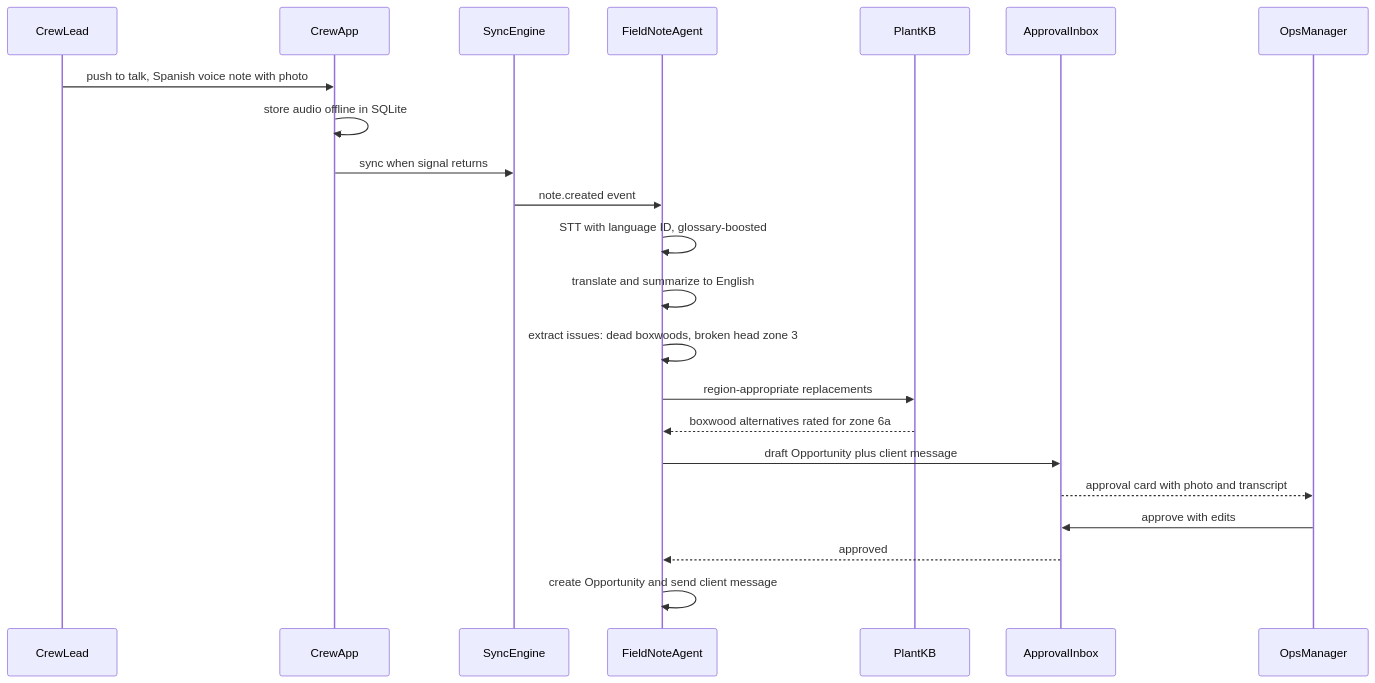
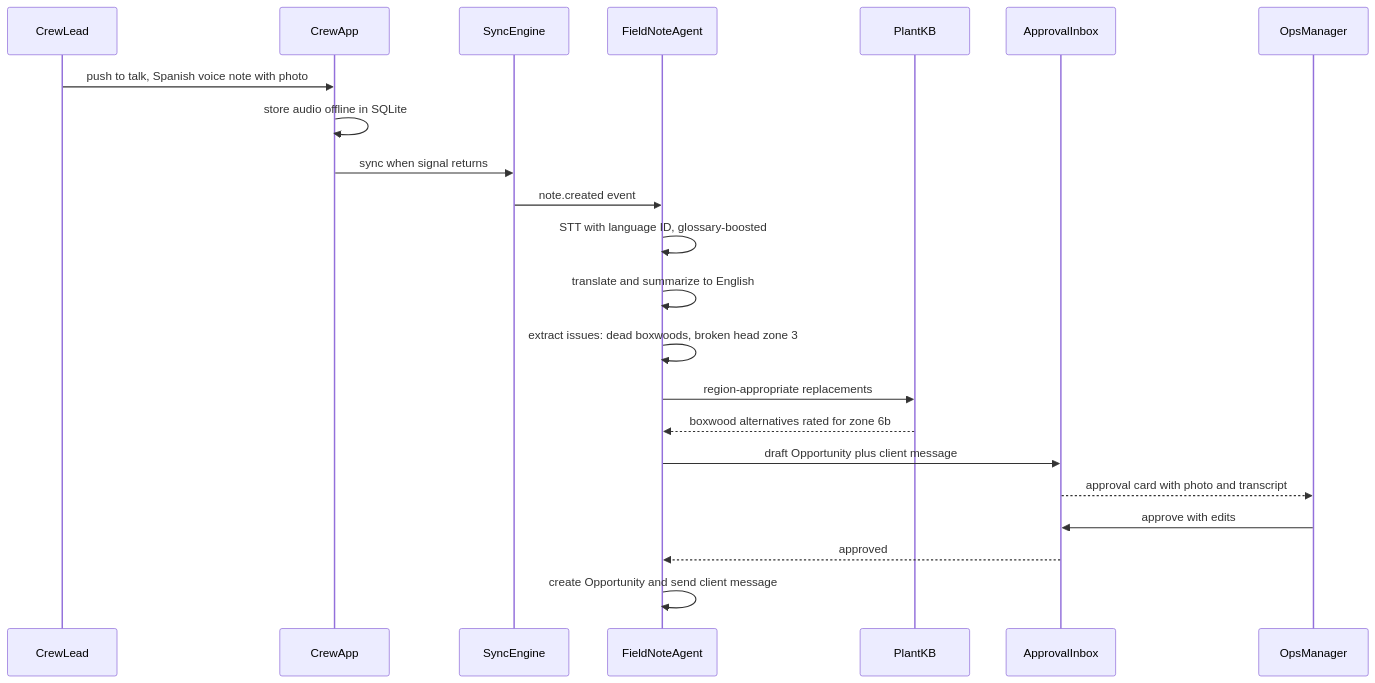
Before and after one commit to jdinard/landscape: the eighth of 12 diagrams in docs/17-ai-copilot-automation.md, drawn with Mermaid. The commit also changed other lines of this file and 22 other files, not shown here.

First line of the commit message:
Remove delivery timelines and staffing estimates from design studio, AI, plant KB, operations and service-line docs

````diff
--- a/docs/17-ai-copilot-automation.md
+++ b/docs/17-ai-copilot-automation.md
@@ -1402,24 +1402,24 @@
 ```mermaid
 sequenceDiagram
   participant C as CrewLead
   participant App as CrewApp
   participant S as SyncEngine
   participant F as FieldNoteAgent
   participant K as PlantKB
   participant I as ApprovalInbox
   participant OM as OpsManager
   C->>App: push to talk, Spanish voice note with photo
   App->>App: store audio offline in SQLite
   App->>S: sync when signal returns
   S->>F: note.created event
   F->>F: STT with language ID, glossary-boosted
   F->>F: translate and summarize to English
   F->>F: extract issues: dead boxwoods, broken head zone 3
   F->>K: region-appropriate replacements
-  K-->>F: boxwood alternatives rated for zone 6a
+  K-->>F: boxwood alternatives rated for zone 6b
   F->>I: draft Opportunity plus client message
   I-->>OM: approval card with photo and transcript
   OM->>I: approve with edits
   I-->>F: approved
   F->>F: create Opportunity and send client message
 ```
````
